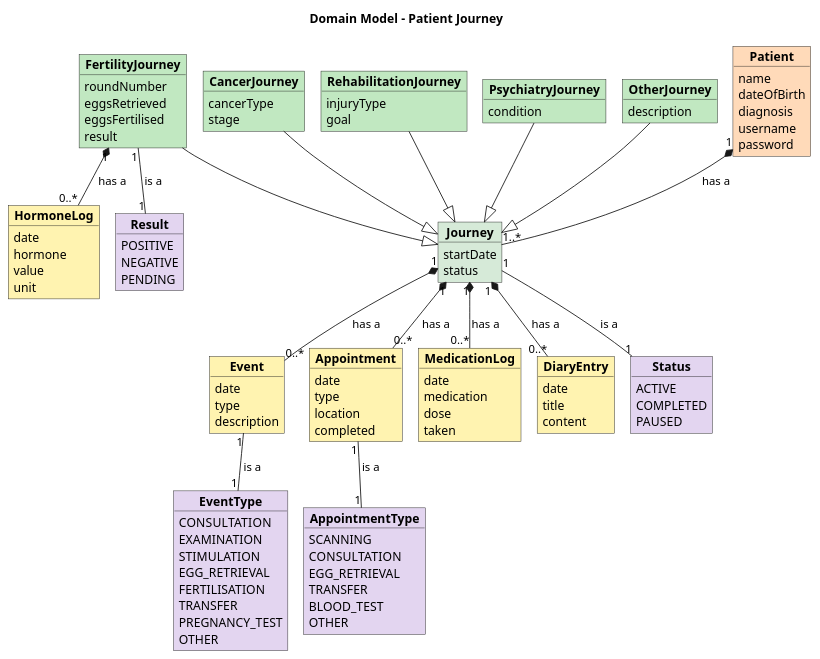
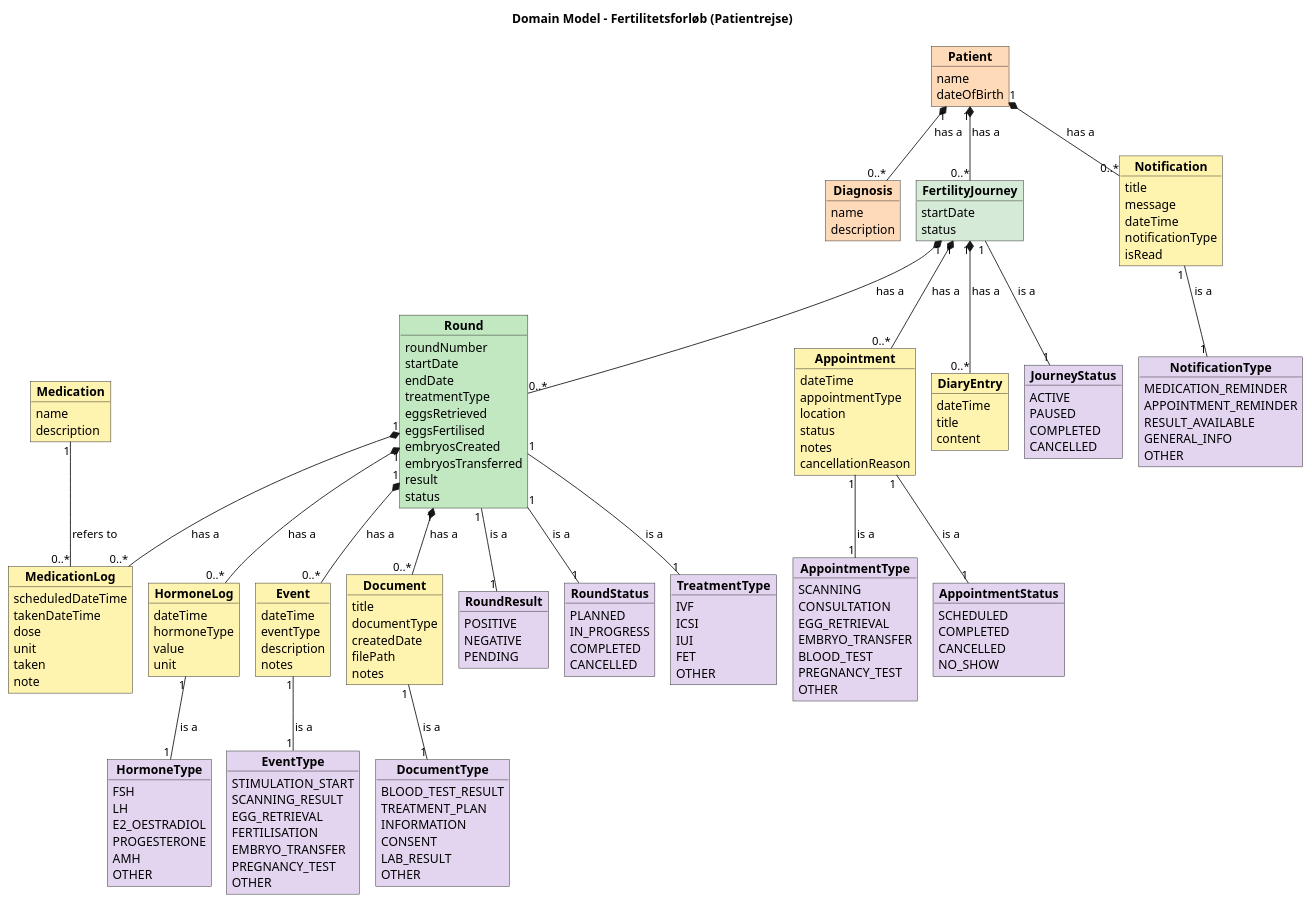
Before and after one commit to BesimaP/PET-2.semester-Simpl: the diagram in doc/static/Domænemodel1.puml, drawn with PlantUML. The commit also changed 7 other files, not shown here.

```diff
--- a/doc/static/Domænemodel1.puml
+++ b/doc/static/Domænemodel1.puml
@@ -1,119 +1,197 @@
 @startuml
 !pragma layout smetana
 
-title Domain Model - Patient Journey
+title Domain Model - Fertilitetsforløb (Patientrejse)
 
-object "<b>Patient</b>" as Patient #FFDAB9
+object "<b>Patient</b>" as Patient #FFDAB9 {
+  name
+  dateOfBirth
+}
 
-object "<b>Journey</b>" as Journey #D6EAD8
-
-object "<b>FertilityJourney</b>" as FertilityJourney #C1E8C1 {
-  roundNumber
-  eggsRetrieved
-  eggsFertilised
-  result
-}
-object "<b>CancerJourney</b>" as CancerJourney #C1E8C1 {
-  cancerType
-  stage
-}
-object "<b>RehabilitationJourney</b>" as RehabilitationJourney #C1E8C1 {
-  injuryType
-  goal
-}
-object "<b>PsychiatryJourney</b>" as PsychiatryJourney #C1E8C1 {
-  condition
-}
-object "<b>OtherJourney</b>" as OtherJourney #C1E8C1 {
+object "<b>Diagnosis</b>" as Diagnosis #FFDAB9 {
+  name
   description
 }
 
-object "<b>Event</b>" as Event #FFF3B0 {
-  date
-  type
+object "<b>FertilityJourney</b>" as Journey #D6EAD8 {
+  startDate
+  status
+}
+
+object "<b>Round</b>" as Round #C1E8C1 {
+  roundNumber
+  startDate
+  endDate
+  treatmentType
+  eggsRetrieved
+  eggsFertilised
+  embryosCreated
+  embryosTransferred
+  result
+  status
+}
+
+object "<b>Appointment</b>" as Appointment #FFF3B0 {
+  dateTime
+  appointmentType
+  location
+  status
+  notes
+  cancellationReason
+}
+
+object "<b>Medication</b>" as Medication #FFF3B0 {
+  name
   description
 }
-object "<b>Appointment</b>" as Appointment #FFF3B0 {
-  date
-  type
-  location
-  completed
+
+object "<b>MedicationLog</b>" as MedicationLog #FFF3B0 {
+  scheduledDateTime
+  takenDateTime
+  dose
+  unit
+  taken
+  note
 }
-object "<b>MedicationLog</b>" as MedicationLog #FFF3B0 {
-  date
-  medication
-  dose
-  taken
-}
-object "<b>DiaryEntry</b>" as DiaryEntry #FFF3B0 {
-  date
-  title
-  content
-}
+
 object "<b>HormoneLog</b>" as HormoneLog #FFF3B0 {
-  date
-  hormone
+  dateTime
+  hormoneType
   value
   unit
 }
 
-object "<b>Status</b>" as Status #E3D5F0 {
+object "<b>Event</b>" as Event #FFF3B0 {
+  dateTime
+  eventType
+  description
+  notes
+}
+
+object "<b>DiaryEntry</b>" as DiaryEntry #FFF3B0 {
+  dateTime
+  title
+  content
+}
+
+object "<b>Document</b>" as Document #FFF3B0 {
+  title
+  documentType
+  createdDate
+  filePath
+  notes
+}
+
+object "<b>Notification</b>" as Notification #FFF3B0 {
+  title
+  message
+  dateTime
+  notificationType
+  isRead
+}
+
+object "<b>JourneyStatus</b>" as JourneyStatus #E3D5F0 {
   ACTIVE
+  PAUSED
   COMPLETED
-  PAUSED
+  CANCELLED
 }
-object "<b>Result</b>" as Result #E3D5F0 {
+
+object "<b>RoundResult</b>" as RoundResult #E3D5F0 {
   POSITIVE
   NEGATIVE
   PENDING
 }
-object "<b>EventType</b>" as EventType #E3D5F0 {
-  CONSULTATION
-  EXAMINATION
-  STIMULATION
-  EGG_RETRIEVAL
-  FERTILISATION
-  TRANSFER
-  PREGNANCY_TEST
+
+object "<b>RoundStatus</b>" as RoundStatus #E3D5F0 {
+  PLANNED
+  IN_PROGRESS
+  COMPLETED
+  CANCELLED
+}
+
+object "<b>TreatmentType</b>" as TreatmentType #E3D5F0 {
+  IVF
+  ICSI
+  IUI
+  FET
   OTHER
 }
+
 object "<b>AppointmentType</b>" as AppointmentType #E3D5F0 {
   SCANNING
   CONSULTATION
   EGG_RETRIEVAL
-  TRANSFER
+  EMBRYO_TRANSFER
   BLOOD_TEST
+  PREGNANCY_TEST
   OTHER
 }
 
-Patient : name
-Patient : dateOfBirth
-Patient : diagnosis
-Patient : username
-Patient : password
+object "<b>AppointmentStatus</b>" as AppointmentStatus #E3D5F0 {
+  SCHEDULED
+  COMPLETED
+  CANCELLED
+  NO_SHOW
+}
 
-Journey : startDate
-Journey : status
+object "<b>HormoneType</b>" as HormoneType #E3D5F0 {
+  FSH
+  LH
+  E2_OESTRADIOL
+  PROGESTERONE
+  AMH
+  OTHER
+}
 
-' Inheritance
-FertilityJourney --|> Journey
-CancerJourney --|> Journey
-RehabilitationJourney --|> Journey
-PsychiatryJourney --|> Journey
-OtherJourney --|> Journey
+object "<b>EventType</b>" as EventType #E3D5F0 {
+  STIMULATION_START
+  SCANNING_RESULT
+  EGG_RETRIEVAL
+  FERTILISATION
+  EMBRYO_TRANSFER
+  PREGNANCY_TEST
+  OTHER
+}
 
-' Has a
-Patient "1" *-- "1..*" Journey : has a
-Journey "1" *-- "0..*" Event : has a
+object "<b>DocumentType</b>" as DocumentType #E3D5F0 {
+  BLOOD_TEST_RESULT
+  TREATMENT_PLAN
+  INFORMATION
+  CONSENT
+  LAB_RESULT
+  OTHER
+}
+
+object "<b>NotificationType</b>" as NotificationType #E3D5F0 {
+  MEDICATION_REMINDER
+  APPOINTMENT_REMINDER
+  RESULT_AVAILABLE
+  GENERAL_INFO
+  OTHER
+}
+
+Patient "1" *-- "0..*" Journey : has a
+Patient "1" *-- "0..*" Diagnosis : has a
+Patient "1" *-- "0..*" Notification : has a
+Journey "1" *-- "0..*" Round : has a
 Journey "1" *-- "0..*" Appointment : has a
-Journey "1" *-- "0..*" MedicationLog : has a
 Journey "1" *-- "0..*" DiaryEntry : has a
-FertilityJourney "1" *-- "0..*" HormoneLog : has a
+Round "1" *-- "0..*" MedicationLog : has a
+Medication "1" -- "0..*" MedicationLog : refers to
+Round "1" *-- "0..*" HormoneLog : has a
+Round "1" *-- "0..*" Event : has a
+Round "1" *-- "0..*" Document : has a
 
-' Is a
-Journey "1" -- "1" Status : is a
-FertilityJourney "1" -- "1" Result : is a
+Journey "1" -- "1" JourneyStatus : is a
+Round "1" -- "1" RoundResult : is a
+Round "1" -- "1" RoundStatus : is a
+Round "1" -- "1" TreatmentType : is a
+Appointment "1" -- "1" AppointmentType : is a
+Appointment "1" -- "1" AppointmentStatus : is a
+HormoneLog "1" -- "1" HormoneType : is a
 Event "1" -- "1" EventType : is a
-Appointment "1" -- "1" AppointmentType : is a
+Document "1" -- "1" DocumentType : is a
+Notification "1" -- "1" NotificationType : is a
 
 @enduml
```
